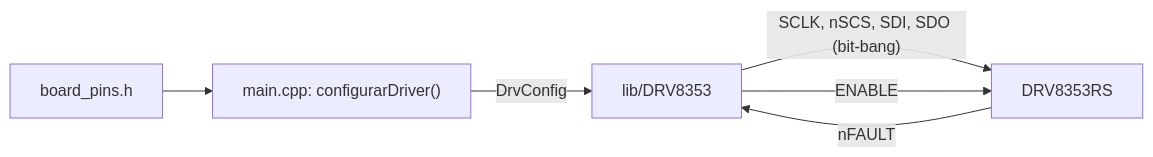
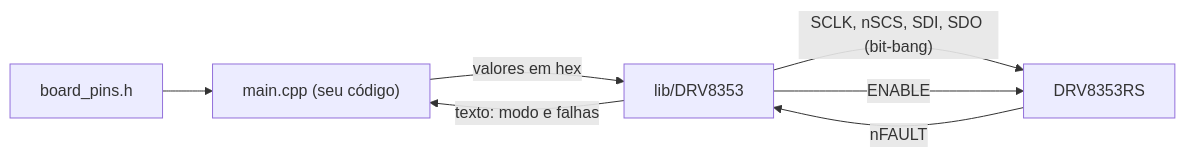
Before and after one commit to Eco-Octano/BLDC_G491RE_SEM_BRASIL_2026: the first of 2 diagrams in docs/drv8353-biblioteca.md, drawn with Mermaid. The commit also changed other lines of this file and 7 other files, not shown here.

Commit message:
Biblioteca DRV8353 orientada a registradores, main.cpp em branco e console em testes/08

````diff
--- a/docs/drv8353-biblioteca.md
+++ b/docs/drv8353-biblioteca.md
@@ -38,8 +33,9 @@
 ```mermaid
 flowchart LR
-    pins["board_pins.h"] --> main["main.cpp: configurarDriver()"]
-    main -->|"DrvConfig"| lib["lib/DRV8353"]
+    pins["board_pins.h"] --> main["main.cpp (seu código)"]
+    main -->|"valores em hex"| lib["lib/DRV8353"]
+    lib -->|"texto: modo e falhas"| main
     lib -->|"SCLK, nSCS, SDI, SDO (bit-bang)"| chip["DRV8353RS"]
     lib -->|"ENABLE"| chip
     chip -->|"nFAULT"| lib
 ```
````
